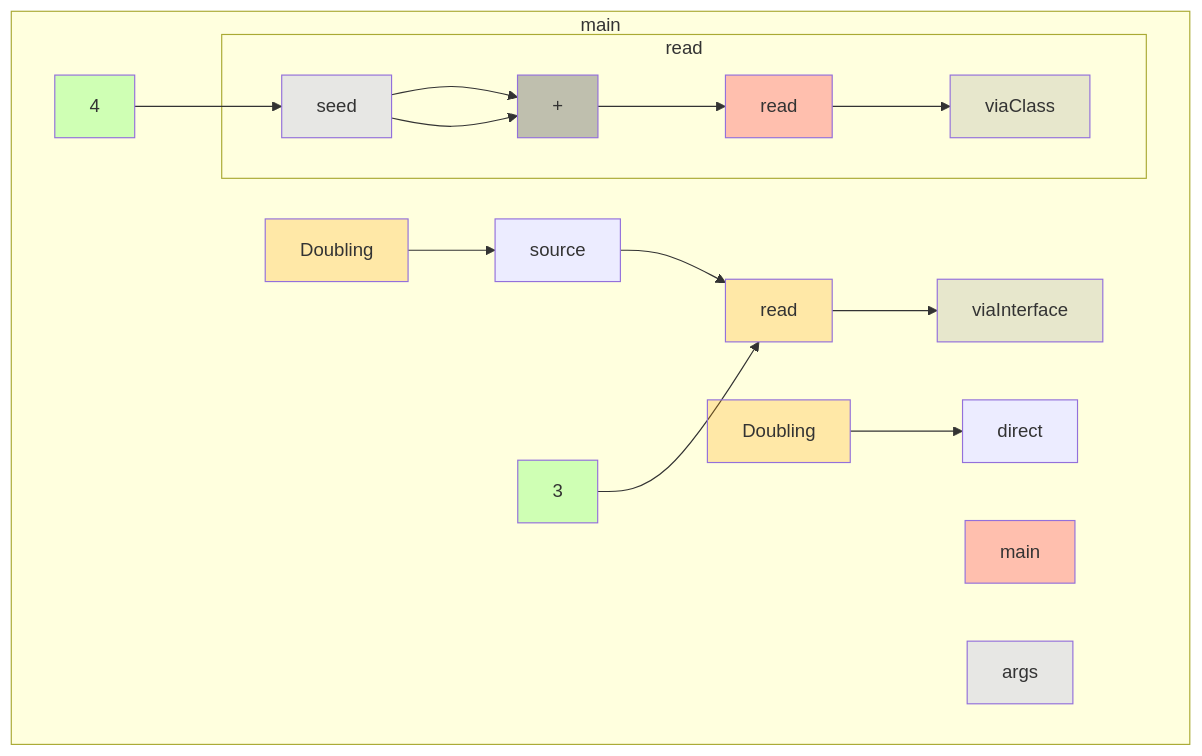
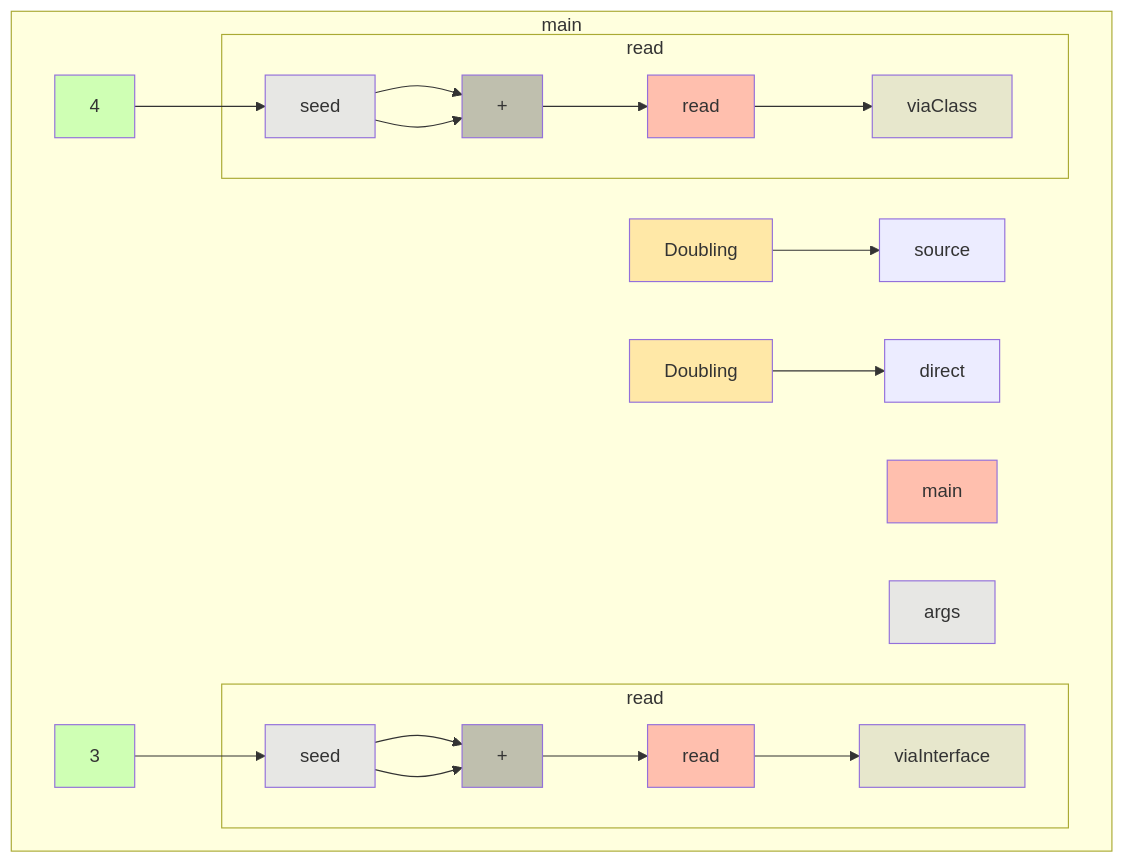
Before and after one commit to gstiebler/codeflow: the diagram in app/src/test/resources/abstractMethod/truth.md, drawn with Mermaid. The commit also changed 8 other files, not shown here.

````diff
--- a/app/src/test/resources/abstractMethod/truth.md
+++ b/app/src/test/resources/abstractMethod/truth.md
@@ -1,38 +1,44 @@
 ```mermaid
 flowchart TD
   subgraph b0["main"]
     n1[main]:::RETURN
     n2[args]:::FUNC_PARAM
     n3[Doubling]:::EXTERNAL
     n4[source]:::OBJ_VARIABLE
     n5[3]:::LITERAL
-    n6[read]:::EXTERNAL
-    n7[viaInterface]:::VARIABLE
-    n8[Doubling]:::EXTERNAL
-    n9[direct]:::OBJ_VARIABLE
-    n10[4]:::LITERAL
-    n15[viaClass]:::VARIABLE
+    n10[viaInterface]:::VARIABLE
+    n11[Doubling]:::EXTERNAL
+    n12[direct]:::OBJ_VARIABLE
+    n13[4]:::LITERAL
+    n18[viaClass]:::VARIABLE
     n3[Doubling]:::EXTERNAL --> n4[source]:::OBJ_VARIABLE
-    n4[source]:::OBJ_VARIABLE --> n6[read]:::EXTERNAL
-    n5[3]:::LITERAL --> n6[read]:::EXTERNAL
-    n6[read]:::EXTERNAL --> n7[viaInterface]:::VARIABLE
-    n8[Doubling]:::EXTERNAL --> n9[direct]:::OBJ_VARIABLE
-    n10[4]:::LITERAL --> n13[seed]:::FUNC_PARAM
-    subgraph b11["read"]
-      n12[read]:::RETURN
-      n13[seed]:::FUNC_PARAM
-      n14[+]:::BIN_OP
-      n12[read]:::RETURN --> n15[viaClass]:::VARIABLE
-      n13[seed]:::FUNC_PARAM --> n14[+]:::BIN_OP
-      n13[seed]:::FUNC_PARAM --> n14[+]:::BIN_OP
-      n14[+]:::BIN_OP --> n12[read]:::RETURN
+    n5[3]:::LITERAL --> n8[seed]:::FUNC_PARAM
+    n11[Doubling]:::EXTERNAL --> n12[direct]:::OBJ_VARIABLE
+    n13[4]:::LITERAL --> n16[seed]:::FUNC_PARAM
+    subgraph b6["read"]
+      n7[read]:::RETURN
+      n8[seed]:::FUNC_PARAM
+      n9[+]:::BIN_OP
+      n7[read]:::RETURN --> n10[viaInterface]:::VARIABLE
+      n8[seed]:::FUNC_PARAM --> n9[+]:::BIN_OP
+      n8[seed]:::FUNC_PARAM --> n9[+]:::BIN_OP
+      n9[+]:::BIN_OP --> n7[read]:::RETURN
+    end
+    subgraph b14["read"]
+      n15[read]:::RETURN
+      n16[seed]:::FUNC_PARAM
+      n17[+]:::BIN_OP
+      n15[read]:::RETURN --> n18[viaClass]:::VARIABLE
+      n16[seed]:::FUNC_PARAM --> n17[+]:::BIN_OP
+      n16[seed]:::FUNC_PARAM --> n17[+]:::BIN_OP
+      n17[+]:::BIN_OP --> n15[read]:::RETURN
     end
   end
   classDef LITERAL fill:#00FF0030
   classDef VARIABLE fill:#80808030
   classDef BIN_OP fill:#80808080
   classDef FUNC_PARAM fill:#8080FF30
   classDef RETURN fill:#FF808080
   classDef EXTERNAL fill:#FFA50040
   classDef UNMODELLED fill:#FF000030,stroke-dasharray: 4 2
 ```
````
